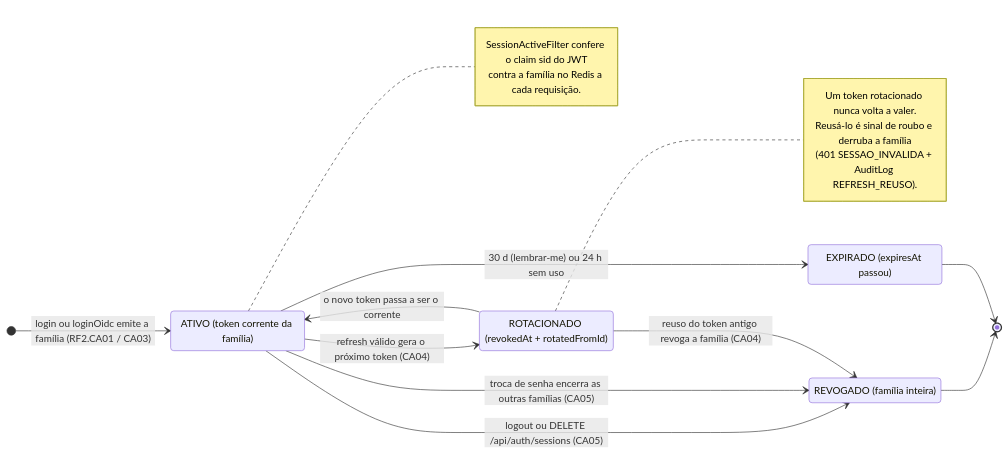
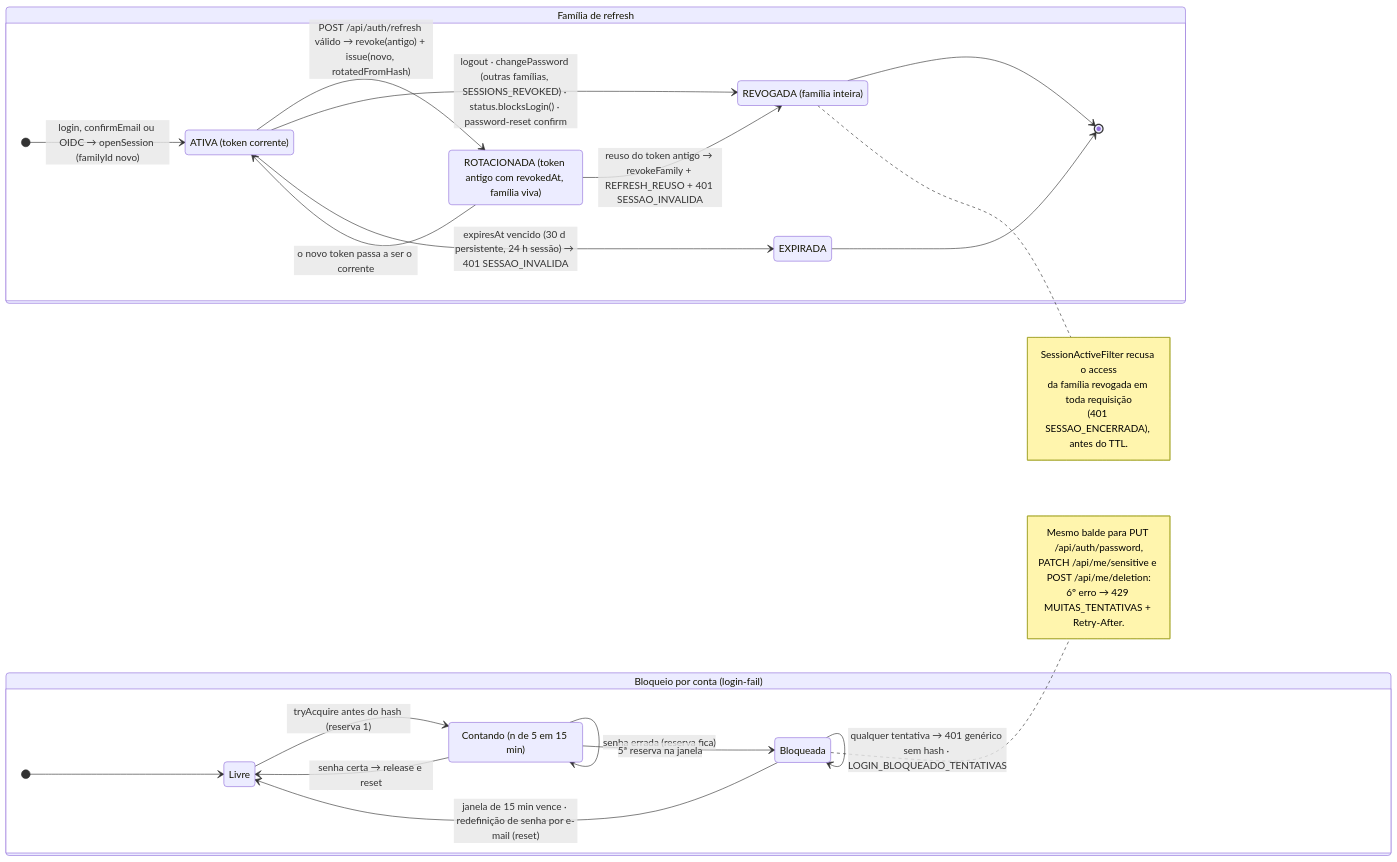
Before and after one commit to MatheusHaliski/Decia-app-2026: the fourth of 5 diagrams in docs/diagramas/RF2/README.md, drawn with Mermaid. The commit also changed other lines of this file and 5 other files, not shown here.

First line of the commit message:
docs(diagramas): reescreve RF1–RF5 (5 diagramas Mermaid + rastreabilidade) e cria _tools/checar.py

````diff
--- a/docs/diagramas/RF2/README.md
+++ b/docs/diagramas/RF2/README.md
@@ -364,28 +457,40 @@
 ```mermaid
 stateDiagram-v2
   direction LR
-  [*] --> ATIVO : login ou loginOidc emite a família (RF2.CA01 / CA03)
-  state "ATIVO (token corrente da família)" as ATIVO
-  state "ROTACIONADO (revokedAt + rotatedFromId)" as ROTACIONADO
-  state "REVOGADO (família inteira)" as REVOGADO
-  state "EXPIRADO (expiresAt passou)" as EXPIRADO
-
-  ATIVO --> ROTACIONADO : refresh válido gera o próximo token (CA04)
-  ROTACIONADO --> ATIVO : o novo token passa a ser o corrente
-  ATIVO --> EXPIRADO : 30 d (lembrar-me) ou 24 h sem uso
-  ATIVO --> REVOGADO : logout ou DELETE /api/auth/sessions (CA05)
-  ATIVO --> REVOGADO : troca de senha encerra as outras famílias (CA05)
-  ROTACIONADO --> REVOGADO : reuso do token antigo revoga a família (CA04)
-  REVOGADO --> [*]
-  EXPIRADO --> [*]
-
-  note right of ROTACIONADO
-    Um token rotacionado nunca volta a valer.
-    Reusá-lo é sinal de roubo e derruba a família
-    (401 SESSAO_INVALIDA + AuditLog REFRESH_REUSO).
+  state "Família de refresh" as FAM {
+    state "ATIVA (token corrente)" as ATIVA
+    state "ROTACIONADA (token antigo com revokedAt, família viva)" as ROT
+    state "REVOGADA (família inteira)" as REV
+    state "EXPIRADA" as EXP
+    [*] --> ATIVA : login, confirmEmail ou OIDC → openSession (familyId novo)
+    ATIVA --> ROT : POST /api/auth/refresh válido → revoke(antigo) + issue(novo, rotatedFromHash)
+    ROT --> ATIVA : o novo token passa a ser o corrente
+    ROT --> REV : reuso do token antigo → revokeFamily + REFRESH_REUSO + 401 SESSAO_INVALIDA
+    ATIVA --> REV : logout · changePassword (outras famílias, SESSIONS_REVOKED) · status.blocksLogin() · password-reset confirm
+    ATIVA --> EXP : expiresAt vencido (30 d persistente, 24 h sessão) → 401 SESSAO_INVALIDA
+    REV --> [*]
+    EXP --> [*]
+  }
+  state "Bloqueio por conta (login-fail)" as LOCK {
+    state "Livre" as LIVRE
+    state "Contando (n de 5 em 15 min)" as CONT
+    state "Bloqueada" as BLOQ
+    [*] --> LIVRE
+    LIVRE --> CONT : tryAcquire antes do hash (reserva 1)
+    CONT --> LIVRE : senha certa → release e reset
+    CONT --> CONT : senha errada (reserva fica)
+    CONT --> BLOQ : 5ª reserva na janela
+    BLOQ --> BLOQ : qualquer tentativa → 401 genérico sem hash · LOGIN_BLOQUEADO_TENTATIVAS
+    BLOQ --> LIVRE : janela de 15 min vence · redefinição de senha por e-mail (reset)
+  }
+  note right of REV
+    SessionActiveFilter recusa o access
+    da família revogada em toda requisição
+    (401 SESSAO_ENCERRADA), antes do TTL.
   end note
-  note right of ATIVO
-    SessionActiveFilter confere o claim sid do JWT
-    contra a família no Redis a cada requisição.
+  note right of BLOQ
+    Mesmo balde para PUT /api/auth/password,
+    PATCH /api/me/sensitive e POST /api/me/deletion:
+    6º erro → 429 MUITAS_TENTATIVAS + Retry-After.
   end note
 ```
````
